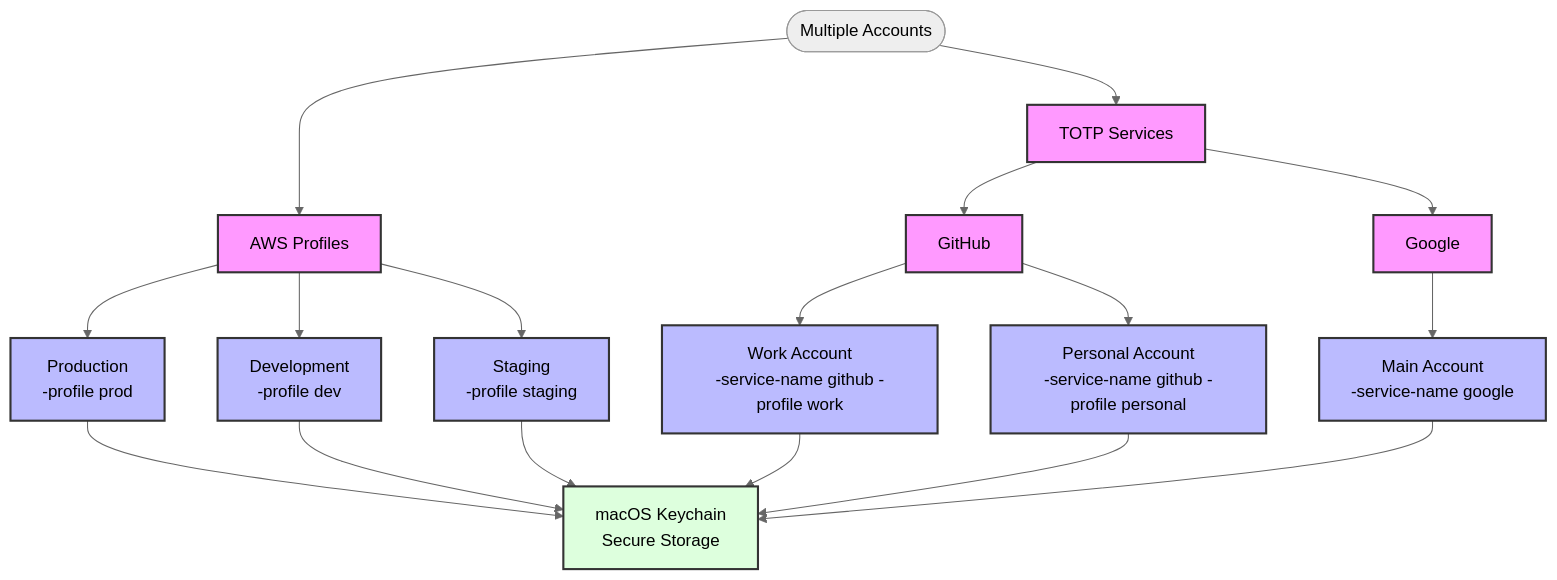
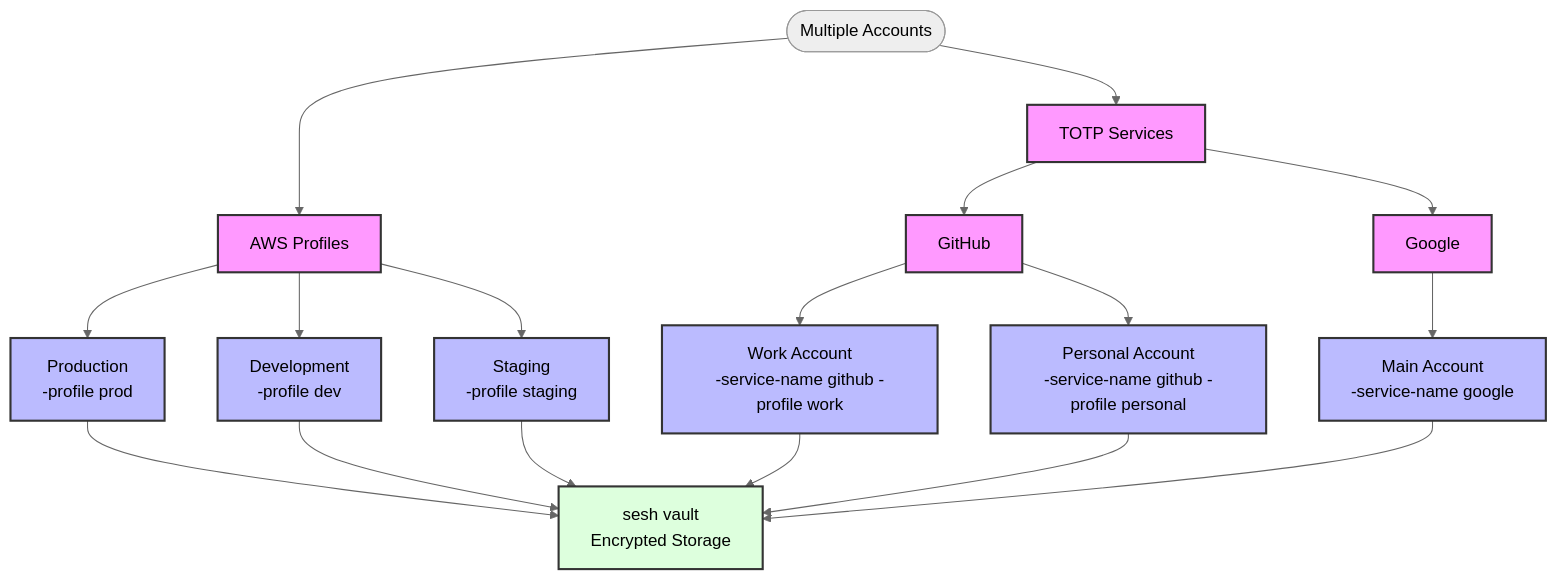
Before and after one commit to bashhack/sesh: the diagram in docs/assets/multi-profile-management.mermaid, drawn with Mermaid. The commit also changed 54 other files, not shown here.

Commit message:
remove the Keychain key source: the vault always unlocks with the master password, and --rekey now only changes it

```diff
--- a/docs/assets/multi-profile-management.mermaid
+++ b/docs/assets/multi-profile-management.mermaid
@@ -1,23 +1,23 @@
 %%{init: {'theme': 'neutral'}}%%
 flowchart TD
     classDef profile fill:#bbf,stroke:#333,stroke-width:2px
     classDef service fill:#f9f,stroke:#333,stroke-width:2px
-    classDef keychain fill:#dfd,stroke:#333,stroke-width:2px
+    classDef vault fill:#dfd,stroke:#333,stroke-width:2px
 
     Start([Multiple Accounts])
     
     Start --> AWS["AWS Profiles"]:::service
     Start --> TOTP["TOTP Services"]:::service
     
     AWS --> AWSProd["Production<br>-profile prod"]:::profile
     AWS --> AWSDev["Development<br>-profile dev"]:::profile
     AWS --> AWSStaging["Staging<br>-profile staging"]:::profile
     
     TOTP --> GitHub["GitHub"]:::service
     GitHub --> GHWork["Work Account<br>-service-name github -profile work"]:::profile
     GitHub --> GHPersonal["Personal Account<br>-service-name github -profile personal"]:::profile
     
     TOTP --> Google["Google"]:::service
     Google --> GoogleMain["Main Account<br>-service-name google"]:::profile
     
-    AWSProd & AWSDev & AWSStaging & GHWork & GHPersonal & GoogleMain --> KC["macOS Keychain<br>Secure Storage"]:::keychain
+    AWSProd & AWSDev & AWSStaging & GHWork & GHPersonal & GoogleMain --> KC["sesh vault<br>Encrypted Storage"]:::vault
```
